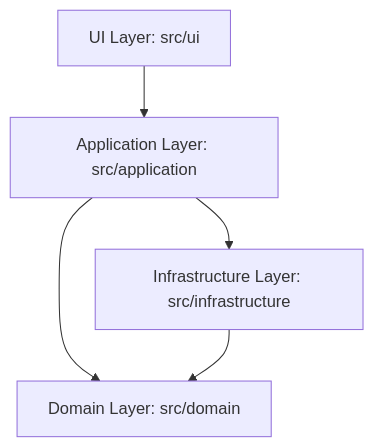
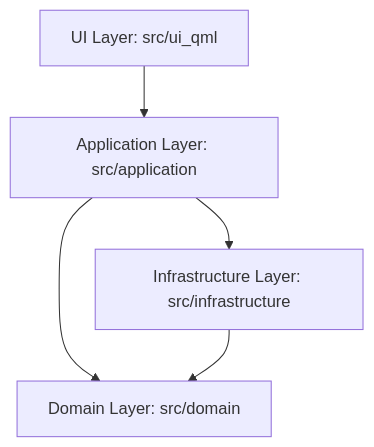
Before and after one commit to Yusufygc/PortfoySimulasyonu: the diagram in docs/wiki/architecture.md, drawn with Mermaid. The commit also changed other lines of this file and 330 other files, not shown here.

````diff
--- a/docs/wiki/architecture.md
+++ b/docs/wiki/architecture.md
@@ -7,7 +7,7 @@
 ```mermaid
 graph TD
-    UI[UI Layer: src/ui] --> APP[Application Layer: src/application]
+    UI[UI Layer: src/ui_qml] --> APP[Application Layer: src/application]
     APP --> INF[Infrastructure Layer: src/infrastructure]
     APP --> DOM[Domain Layer: src/domain]
     INF --> DOM
 ```
````
